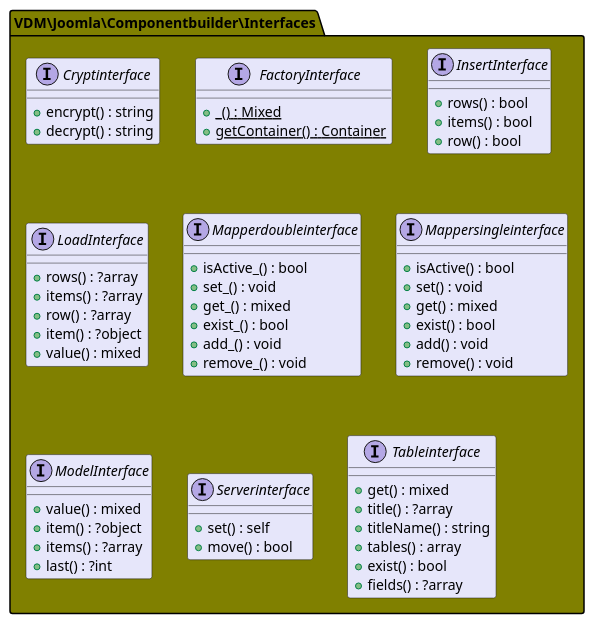
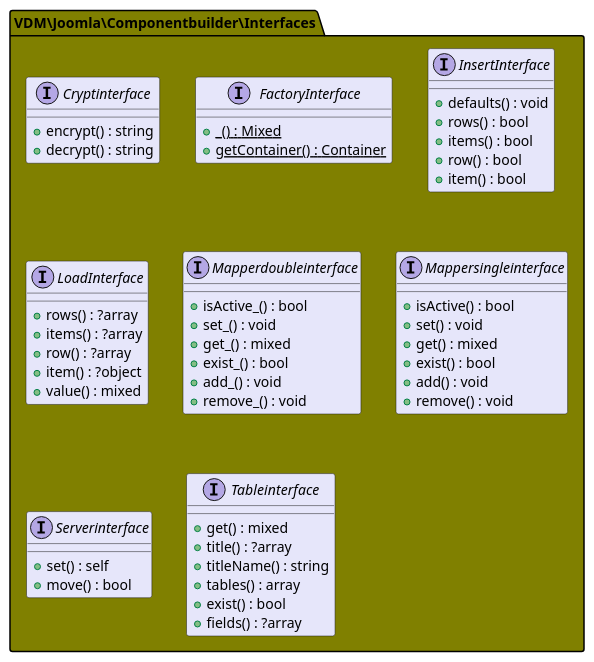
One commit to joomengine/jcb-compiler changed the second of 33 diagrams in README.md. Above: the diagram before and after it, drawn with PlantUML. The commit also changed other lines of this file and 176 other files, not shown here.

````diff
--- a/README.md
+++ b/README.md
@@ -450,73 +457,68 @@
 ```uml
 @startuml
 
 namespace VDM\Joomla\Componentbuilder\Interfaces #Olive {
 
 
   interface Cryptinterface  #Lavender {
     + encrypt() : string
     + decrypt() : string
   }
 
   interface FactoryInterface  #Lavender {
     + {static} _() : Mixed
     + {static} getContainer() : Container
   }
 
   interface InsertInterface  #Lavender {
+    + defaults() : void
     + rows() : bool
     + items() : bool
     + row() : bool
+    + item() : bool
   }
 
   interface LoadInterface  #Lavender {
     + rows() : ?array
     + items() : ?array
     + row() : ?array
     + item() : ?object
     + value() : mixed
   }
 
   interface Mapperdoubleinterface  #Lavender {
     + isActive_() : bool
     + set_() : void
     + get_() : mixed
     + exist_() : bool
     + add_() : void
     + remove_() : void
   }
 
   interface Mappersingleinterface  #Lavender {
     + isActive() : bool
     + set() : void
     + get() : mixed
     + exist() : bool
     + add() : void
     + remove() : void
   }
 
-  interface ModelInterface  #Lavender {
-    + value() : mixed
-    + item() : ?object
-    + items() : ?array
-    + last() : ?int
-  }
-
   interface Serverinterface  #Lavender {
     + set() : self
     + move() : bool
   }
 
   interface Tableinterface  #Lavender {
     + get() : mixed
     + title() : ?array
     + titleName() : string
     + tables() : array
     + exist() : bool
     + fields() : ?array
   }
 }
 
 
 @enduml
 ```
````
